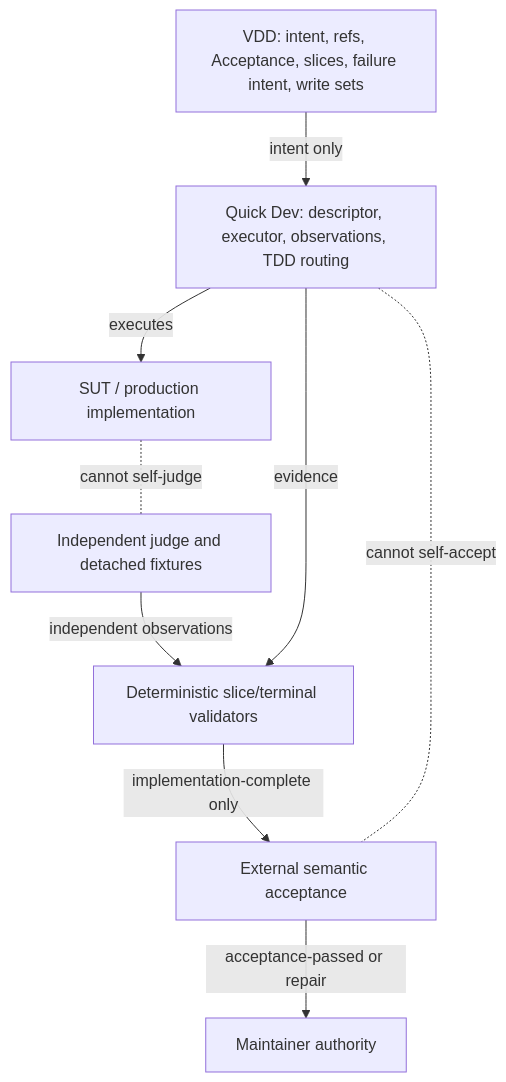
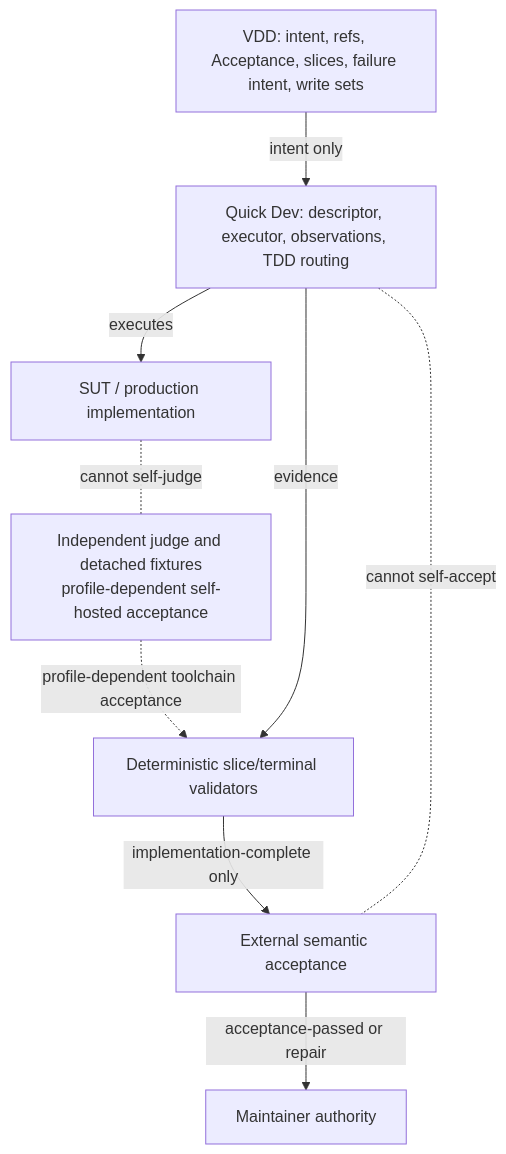
The second of 3 diagrams in _bmad-output/specs/spec-vdd-quick-dev-chapter-4-5-6-capability-upgrade/architecture-diagrams.md (skyoxu/ji-mu-yun), drawn with Mermaid before and after one commit. The commit also changed other lines of this file and 8 other files, not shown here.

````diff
--- a/_bmad-output/specs/spec-vdd-quick-dev-chapter-4-5-6-capability-upgrade/architecture-diagrams.md
+++ b/_bmad-output/specs/spec-vdd-quick-dev-chapter-4-5-6-capability-upgrade/architecture-diagrams.md
@@ -33,18 +36,18 @@
 ```mermaid
 flowchart TB
   VDD[VDD: intent, refs, Acceptance, slices, failure intent, write sets]
   QD[Quick Dev: descriptor, executor, observations, TDD routing]
   SUT[SUT / production implementation]
-  JUDGE[Independent judge and detached fixtures]
+  JUDGE[Independent judge and detached fixtures\nprofile-dependent self-hosted acceptance]
   TERM[Deterministic slice/terminal validators]
   EXT[External semantic acceptance]
   MAINT[Maintainer authority]
   VDD -->|intent only| QD
   QD -->|executes| SUT
-  JUDGE -->|independent observations| TERM
+  JUDGE -.->|profile-dependent toolchain acceptance| TERM
   QD -->|evidence| TERM
   TERM -->|implementation-complete only| EXT
   EXT -->|acceptance-passed or repair| MAINT
   QD -.cannot self-accept.- EXT
   SUT -.cannot self-judge.- JUDGE
 ```
````
